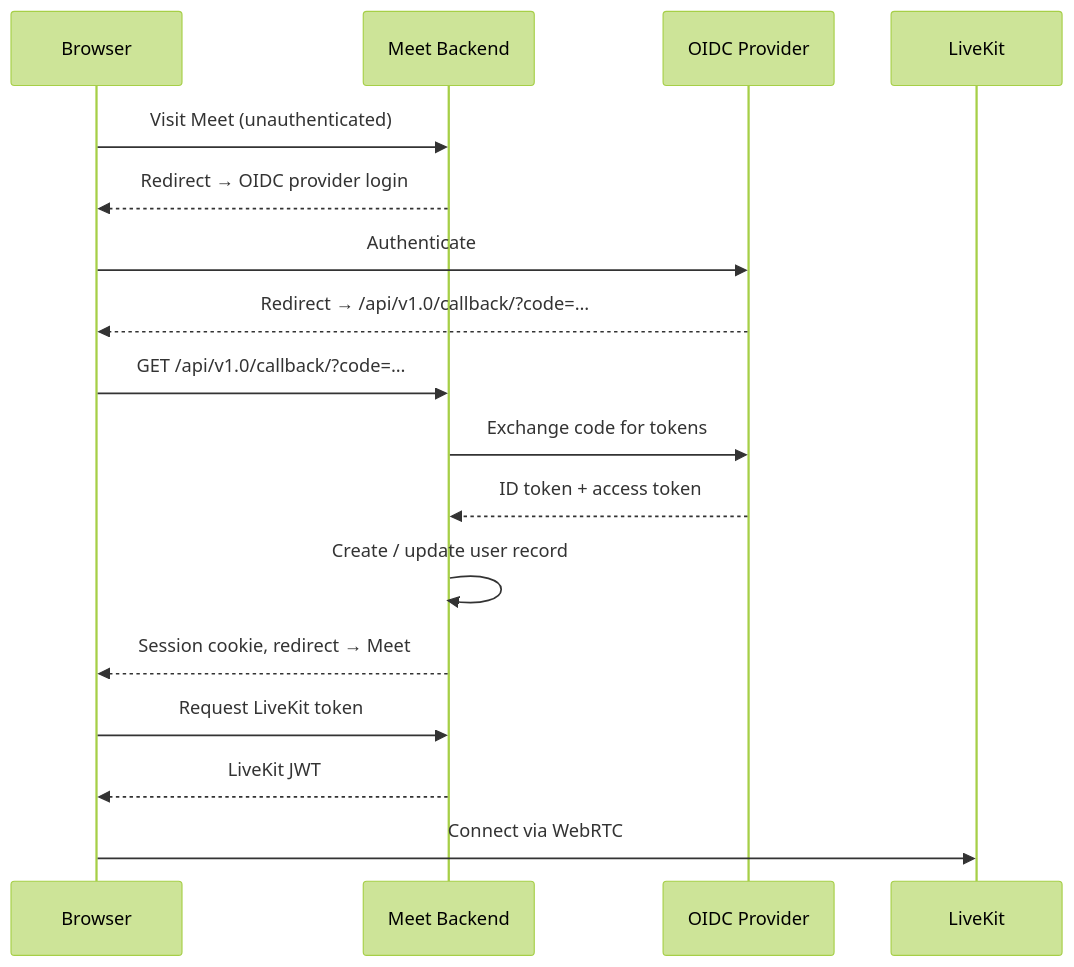
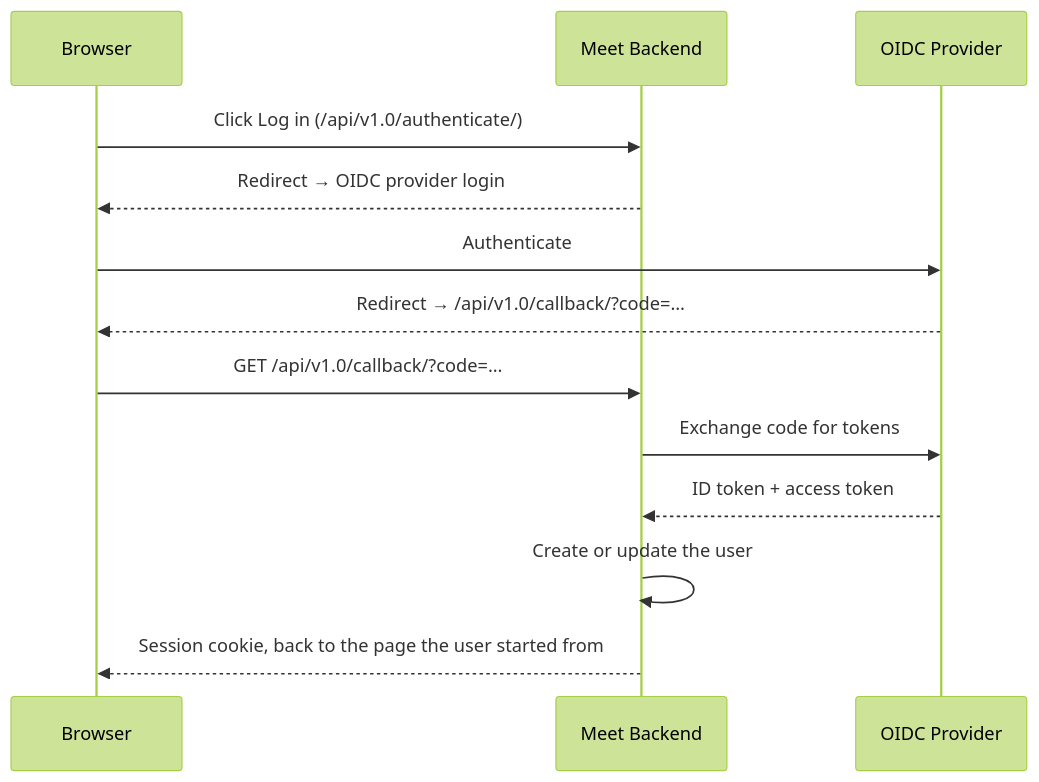
Before and after one commit to suitenumerique/meet: the diagram in docs/self-hosting/configuration/sso.md, drawn with Mermaid (forest theme). The commit also changed other lines of this file and 70 other files, not shown here.

````diff
--- a/docs/self-hosting/configuration/sso.md
+++ b/docs/self-hosting/configuration/sso.md
@@ -7,20 +5,16 @@
 ```mermaid
 sequenceDiagram
     participant B as Browser
     participant BE as Meet Backend
     participant KC as OIDC Provider
-    participant LK as LiveKit
 
-    B->>BE: Visit Meet (unauthenticated)
+    B->>BE: Click Log in (/api/v1.0/authenticate/)
     BE-->>B: Redirect → OIDC provider login
     B->>KC: Authenticate
     KC-->>B: Redirect → /api/v1.0/callback/?code=…
     B->>BE: GET /api/v1.0/callback/?code=…
     BE->>KC: Exchange code for tokens
     KC-->>BE: ID token + access token
-    BE->>BE: Create / update user record
-    BE-->>B: Session cookie, redirect → Meet
-    B->>BE: Request LiveKit token
-    BE-->>B: LiveKit JWT
-    B->>LK: Connect via WebRTC
+    BE->>BE: Create or update the user
+    BE-->>B: Session cookie, back to the page the user started from
 ```
````
